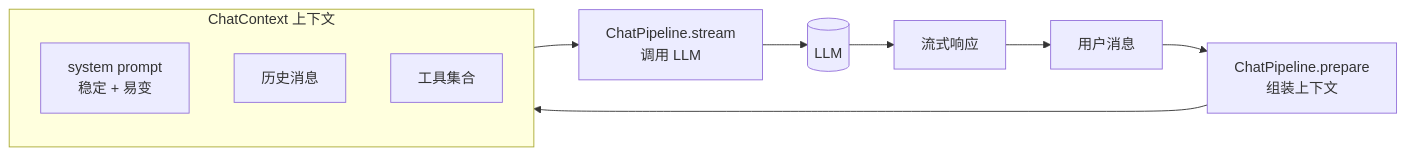
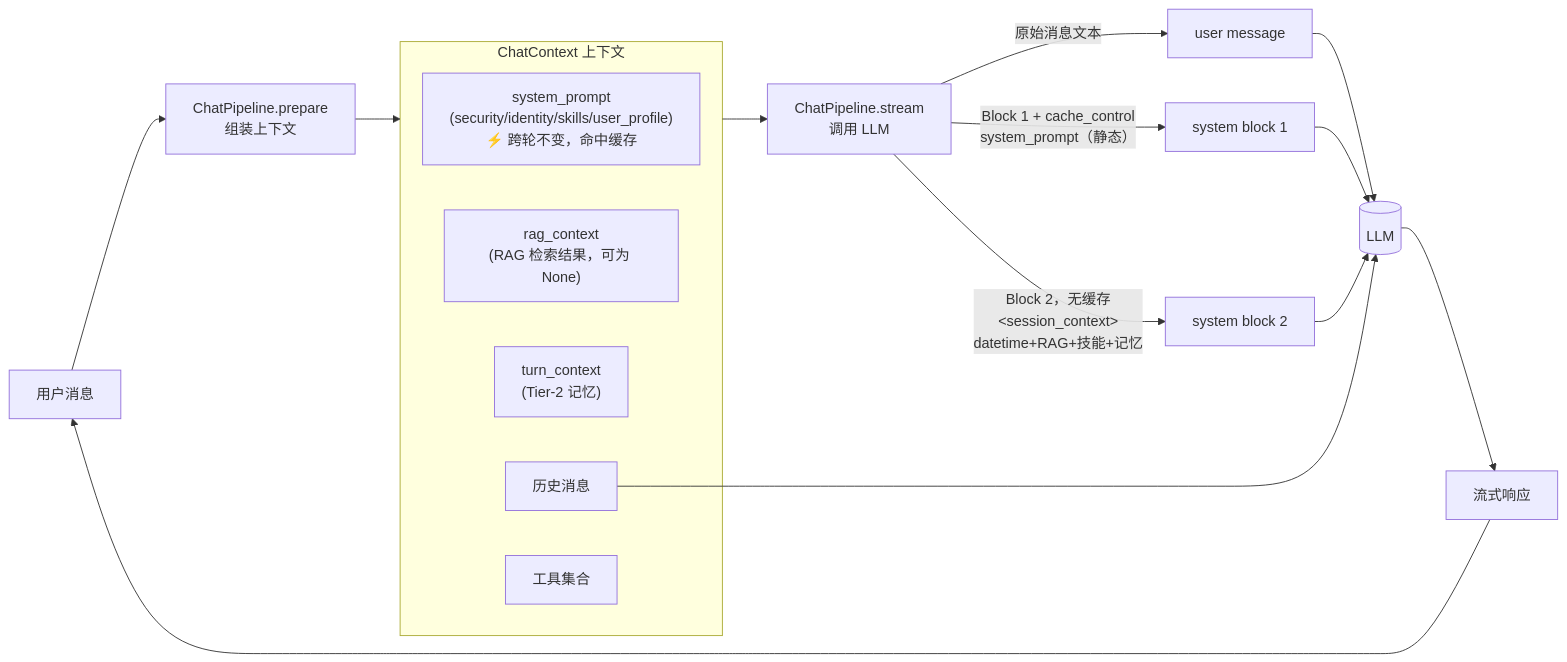
The first of 2 diagrams in docs/系统提示词设计.md (ayxworxfr/AstraCoreAI), drawn with Mermaid before and after one commit. The commit also changed other lines of this file and 11 other files, not shown here.

````diff
--- a/docs/系统提示词设计.md
+++ b/docs/系统提示词设计.md
@@ -11,14 +11,22 @@
 ```mermaid
 flowchart LR
     U[用户消息] --> P[ChatPipeline.prepare<br/>组装上下文]
     subgraph CTX[ChatContext 上下文]
-        SP[system prompt<br/>稳定 + 易变]
+        SP["system_prompt<br/>(security/identity/skills/user_profile)<br/>⚡ 跨轮不变，命中缓存"]
+        RC["rag_context<br/>(RAG 检索结果，可为 None)"]
+        TC["turn_context<br/>(Tier-2 记忆)"]
         H[历史消息]
         T[工具集合]
     end
     P --> CTX
     CTX --> S[ChatPipeline.stream<br/>调用 LLM]
-    S --> M[(LLM)]
+    S -->|"原始消息文本"| MU[user message]
+    S -->|"Block 1 + cache_control<br/>system_prompt（静态）"| MB1[system block 1]
+    S -->|"Block 2，无缓存<br/>&lt;session_context&gt;<br/>datetime+RAG+技能+记忆"| MB2[system block 2]
+    MU --> M[(LLM)]
+    MB1 --> M
+    MB2 --> M
+    H --> M
     M --> R[流式响应]
     R --> U
 ```
````
